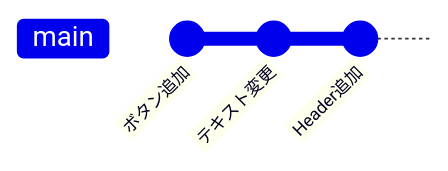
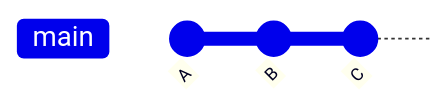
Before and after one commit to JunSasaki0077/obsidian: the first of 2 diagrams in index/branch.md, drawn with Mermaid.

Commit message:
vault backup: 2026-02-11 15:13:19

````diff
--- a/index/branch.md
+++ b/index/branch.md
@@ -8,7 +8,7 @@
 ```mermaid
     gitGraph
-       commit id: "ボタン追加"
-       commit id: "テキスト変更"
-       commit id: "Header追加"
+       commit id: "A"
+       commit id: "B"
+       commit id: "C"
 
 ```
````
